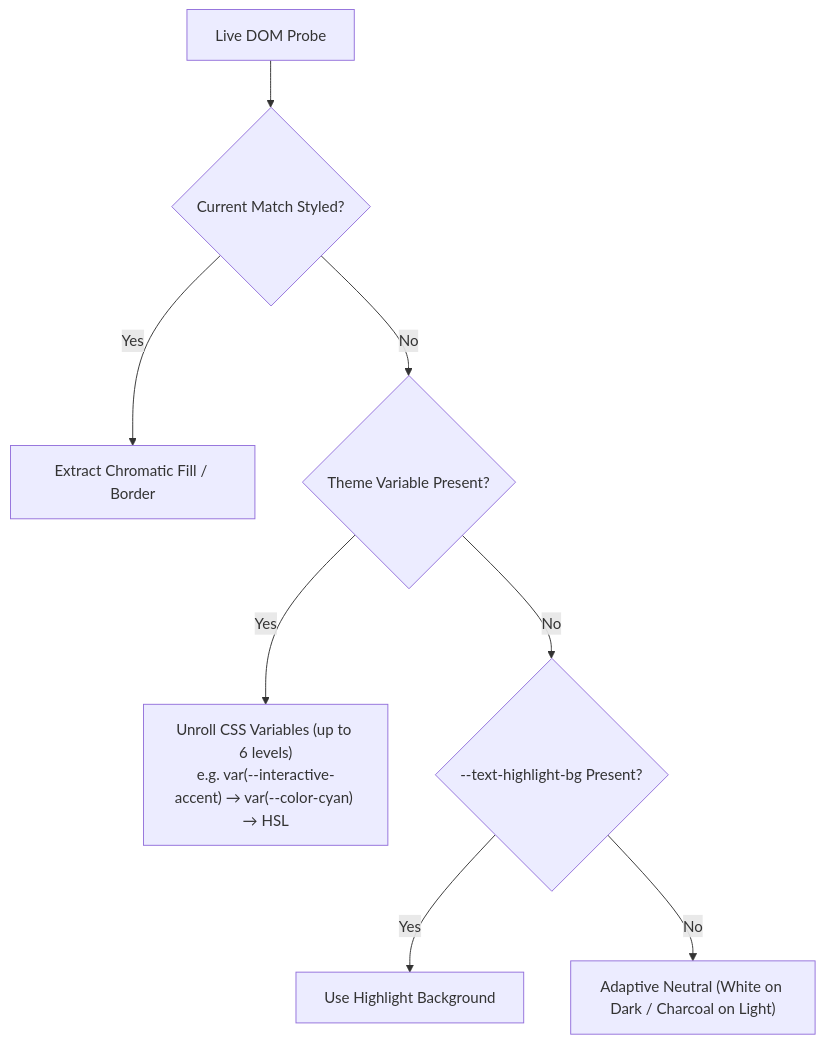
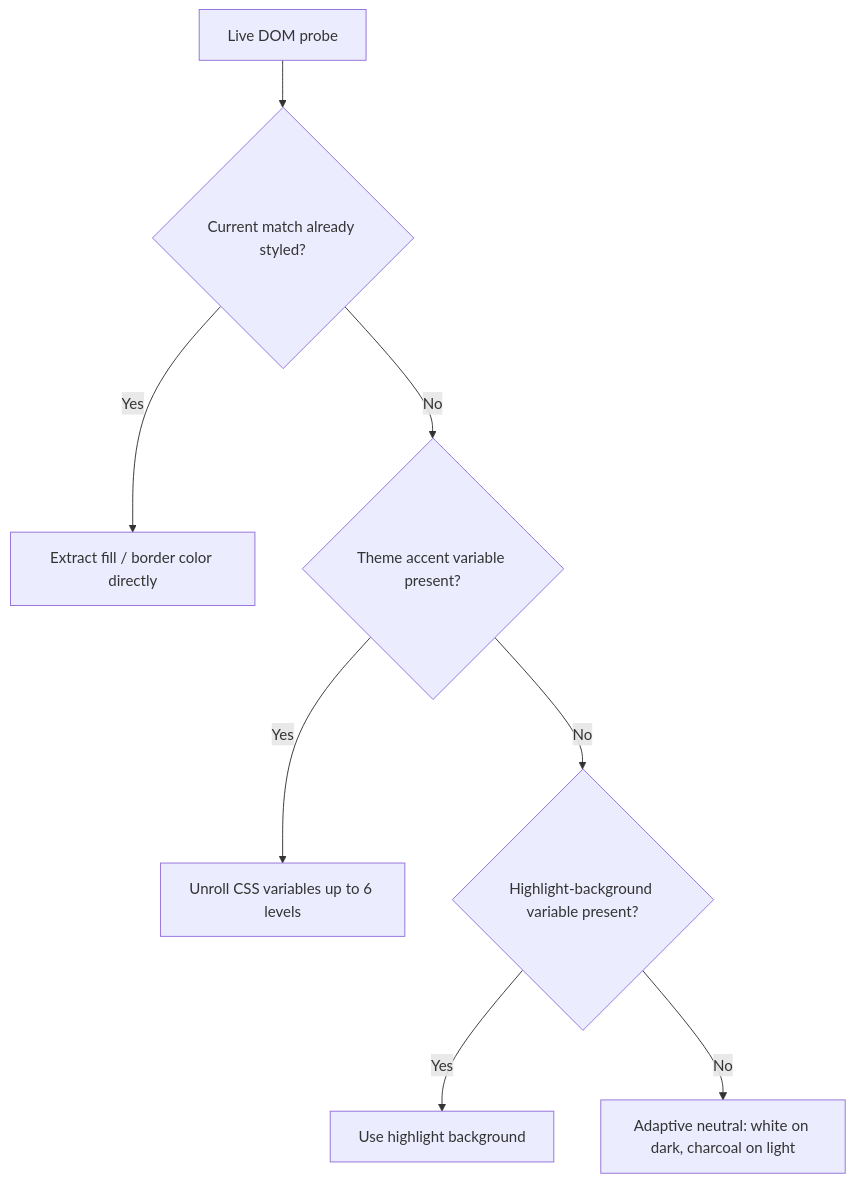
The diagram in README.md (notuntoward/obsidian-incremental-search), drawn with Mermaid before and after one commit. The commit also changed other lines of this file and 11 other files, not shown here.

````diff
--- a/README.md
+++ b/README.md
@@ -241,10 +192,10 @@
 ```mermaid
 flowchart TD
-    A["Live DOM Probe"] --> B{"Current Match Styled?"}
-    B -- Yes --> C["Extract Chromatic Fill / Border"]
-    B -- No --> D{"Theme Variable Present?"}
-    D -- Yes --> E["Unroll CSS Variables (up to 6 levels)\ne.g. var(--interactive-accent) → var(--color-cyan) → HSL"]
-    D -- No --> F{"--text-highlight-bg Present?"}
-    F -- Yes --> G["Use Highlight Background"]
-    F -- No --> H["Adaptive Neutral (White on Dark / Charcoal on Light)"]
+    A["Live DOM probe"] --> B{"Current match already styled?"}
+    B -- Yes --> C["Extract fill / border color directly"]
+    B -- No --> D{"Theme accent variable present?"}
+    D -- Yes --> E["Unroll CSS variables up to 6 levels"]
+    D -- No --> F{"Highlight-background variable present?"}
+    F -- Yes --> G["Use highlight background"]
+    F -- No --> H["Adaptive neutral: white on dark, charcoal on light"]
 ```
````
